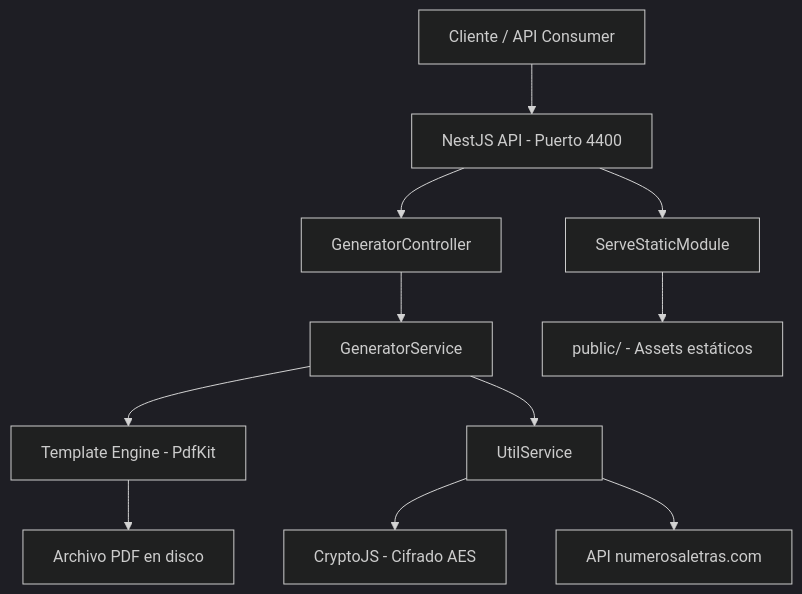
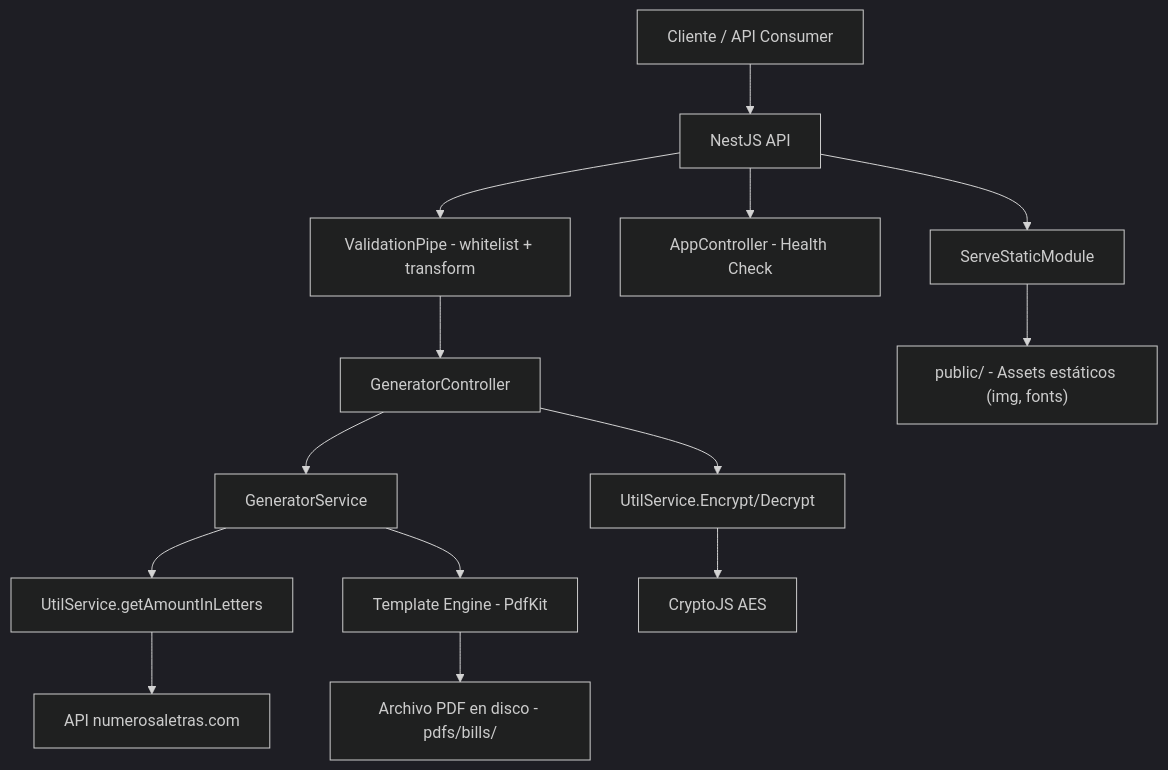
The first of 3 diagrams in sync/feddocs/architecture.md (cmontesvergara/doc-forge), drawn with Mermaid (dark theme) before and after one commit. The commit also changed other lines of this file and 5 other files, not shown here.

````diff
--- a/sync/feddocs/architecture.md
+++ b/sync/feddocs/architecture.md
@@ -9,13 +9,16 @@
 ```mermaid
 graph TD
-    A[Cliente / API Consumer] --> B[NestJS API - Puerto 4400]
-    B --> C[GeneratorController]
-    C --> D[GeneratorService]
-    D --> E[Template Engine - PdfKit]
-    D --> F[UtilService]
-    E --> G[Archivo PDF en disco]
-    F --> H[CryptoJS - Cifrado AES]
-    F --> I[API numerosaletras.com]
-    B --> J[ServeStaticModule]
-    J --> K[public/ - Assets estáticos]
+    A[Cliente / API Consumer] --> B[NestJS API]
+    B --> C[ValidationPipe - whitelist + transform]
+    C --> D[GeneratorController]
+    D --> E[GeneratorService]
+    E --> F[UtilService.getAmountInLetters]
+    F --> G[API numerosaletras.com]
+    E --> H[Template Engine - PdfKit]
+    H --> I[Archivo PDF en disco - pdfs/bills/]
+    D --> J[UtilService.Encrypt/Decrypt]
+    J --> K[CryptoJS AES]
+    B --> L[AppController - Health Check]
+    B --> M[ServeStaticModule]
+    M --> N["public/ - Assets estáticos (img, fonts)"]
 ```
````
